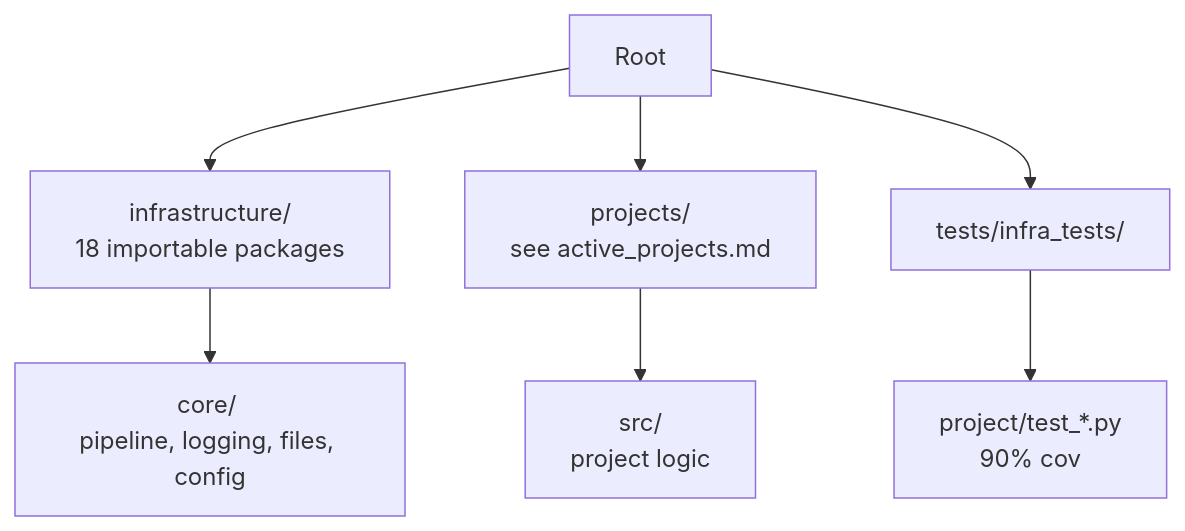
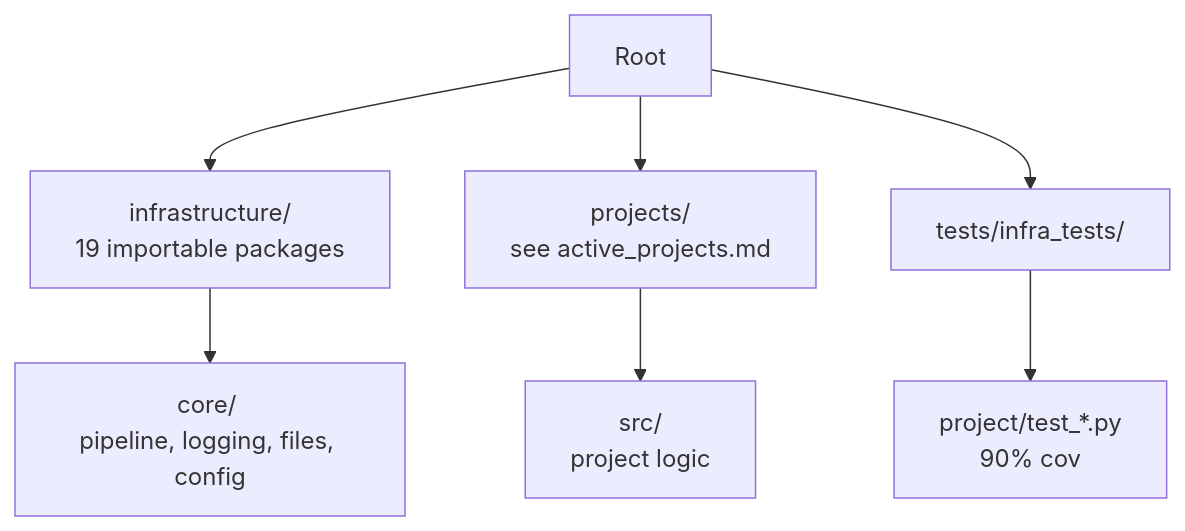
One commit to docxology/template changed the diagram in docs/_generated/canonical_facts.md. Above: the diagram before and after it, drawn with Mermaid. The commit also changed other lines of this file and 27 other files, not shown here.

````diff
--- a/docs/_generated/canonical_facts.md
+++ b/docs/_generated/canonical_facts.md
@@ -201,9 +201,9 @@
 ```mermaid
 flowchart TD
-    Root[Root] --> Infra[infrastructure/ <br/>18 importable packages]
+    Root[Root] --> Infra[infrastructure/ <br/>19 importable packages]
     Root --> Projects[projects/ <br/>see active_projects.md]
     Root --> Tests[tests/infra_tests/]
     Infra --> Core[core/ <br/>pipeline, logging, files, config]
     Projects --> Src[src/ <br/>project logic]
     Tests --> ProjectTests[project/test_*.py <br/>90% cov]
 ```
````
